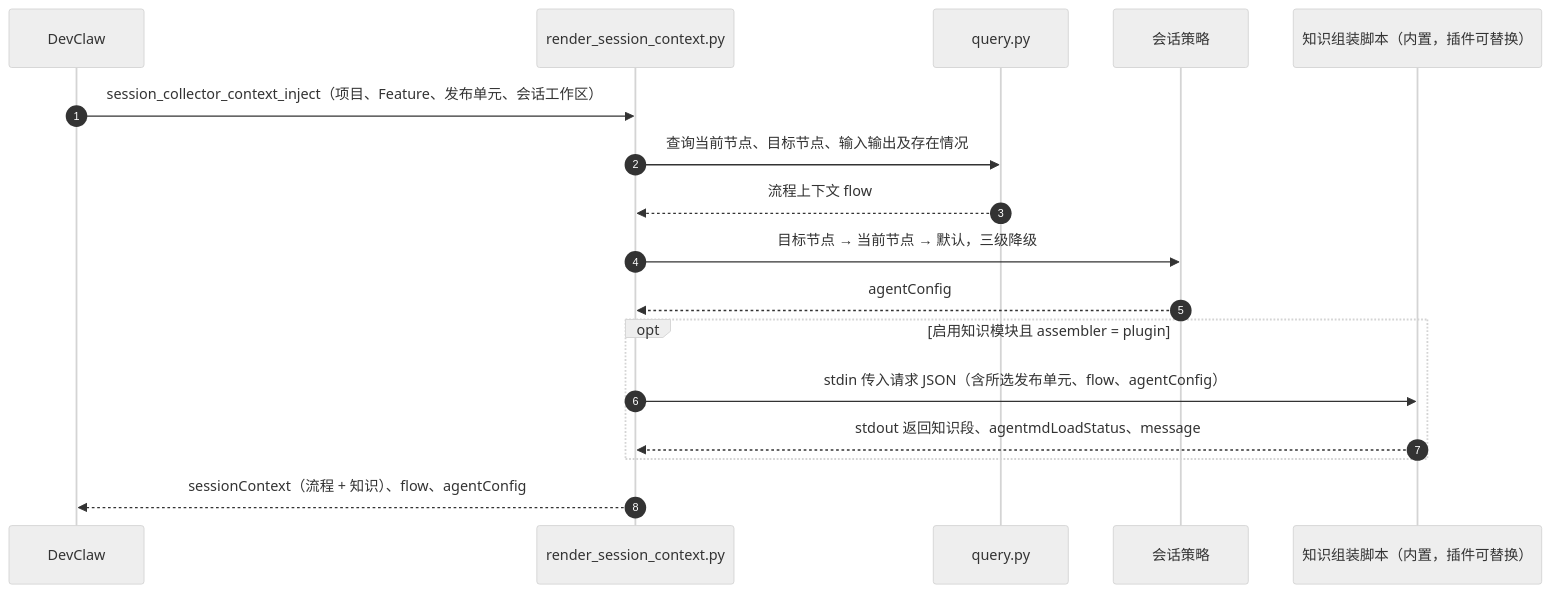
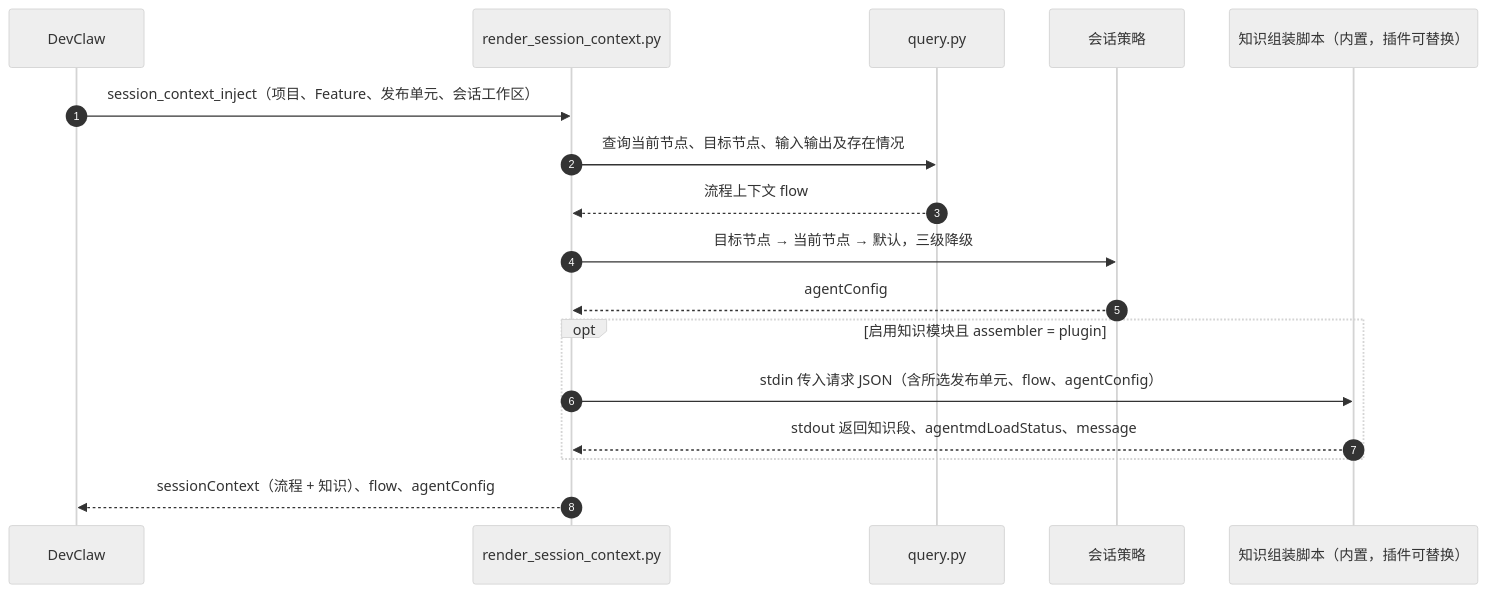
Before and after one commit to seikou00/autobizdevops_plugin_creator: the eighth of 11 diagrams in docs/diagrams.md, drawn with Mermaid (neutral theme). The commit also changed other lines of this file and 29 other files, not shown here.

````diff
--- a/docs/diagrams.md
+++ b/docs/diagrams.md
@@ -274,20 +274,20 @@
 ```mermaid
 sequenceDiagram
   autonumber
   participant D as DevClaw
   participant R as render_session_context.py
   participant Q as query.py
   participant P as 会话策略
   participant K as 知识组装脚本（内置，插件可替换）
 
-  D->>R: session_collector_context_inject（项目、Feature、发布单元、会话工作区）
+  D->>R: session_context_inject（项目、Feature、发布单元、会话工作区）
   R->>Q: 查询当前节点、目标节点、输入输出及存在情况
   Q-->>R: 流程上下文 flow
   R->>P: 目标节点 → 当前节点 → 默认，三级降级
   P-->>R: agentConfig
   opt 启用知识模块且 assembler = plugin
     R->>K: stdin 传入请求 JSON（含所选发布单元、flow、agentConfig）
     K-->>R: stdout 返回知识段、agentmdLoadStatus、message
   end
   R-->>D: sessionContext（流程 + 知识）、flow、agentConfig
 ```
````
